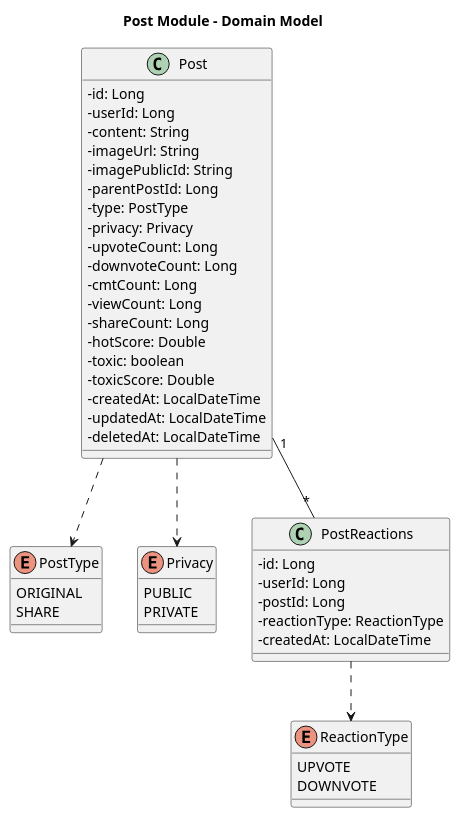
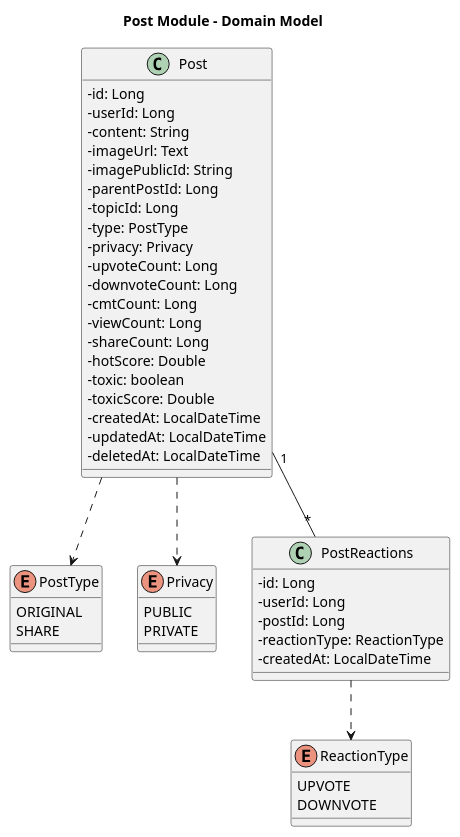
Before and after one commit to DamPhuQuy/Social-Pulse: the diagram in docs/class_diagram/post_module.puml, drawn with PlantUML. The commit also changed 4 other files, not shown here.

First line of the commit message:
docs: Update class diagrams with new domain models and relationships

```diff
--- a/docs/class_diagram/post_module.puml
+++ b/docs/class_diagram/post_module.puml
@@ -1,59 +1,60 @@
 @startuml Post Module
 
 skinparam classAttributeIconSize 0
 skinparam packageStyle rectangle
 skinparam shadowing false
 
 title Post Module - Domain Model
 
 enum PostType {
     ORIGINAL
     SHARE
 }
 
 enum Privacy {
     PUBLIC
     PRIVATE
 }
 
 enum ReactionType {
     UPVOTE
     DOWNVOTE
 }
 
 class Post {
     - id: Long
     - userId: Long
     - content: String
-    - imageUrl: String
+    - imageUrl: Text
     - imagePublicId: String
     - parentPostId: Long
+    - topicId: Long
     - type: PostType
     - privacy: Privacy
     - upvoteCount: Long
     - downvoteCount: Long
     - cmtCount: Long
     - viewCount: Long
     - shareCount: Long
     - hotScore: Double
     - toxic: boolean
     - toxicScore: Double
     - createdAt: LocalDateTime
     - updatedAt: LocalDateTime
     - deletedAt: LocalDateTime
 }
 
 class PostReactions {
     - id: Long
     - userId: Long
     - postId: Long
     - reactionType: ReactionType
     - createdAt: LocalDateTime
 }
 
 Post "1" -- "*" PostReactions
 Post ..> PostType
 Post ..> Privacy
 PostReactions ..> ReactionType
 
 @enduml
```
